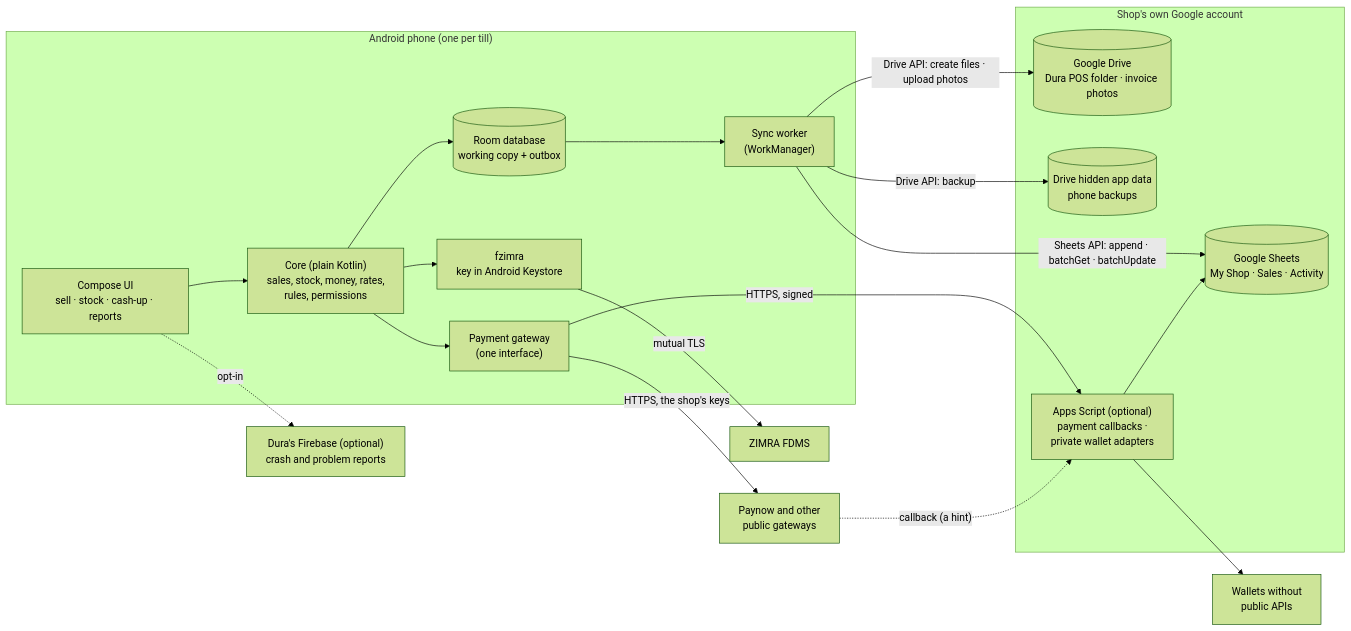
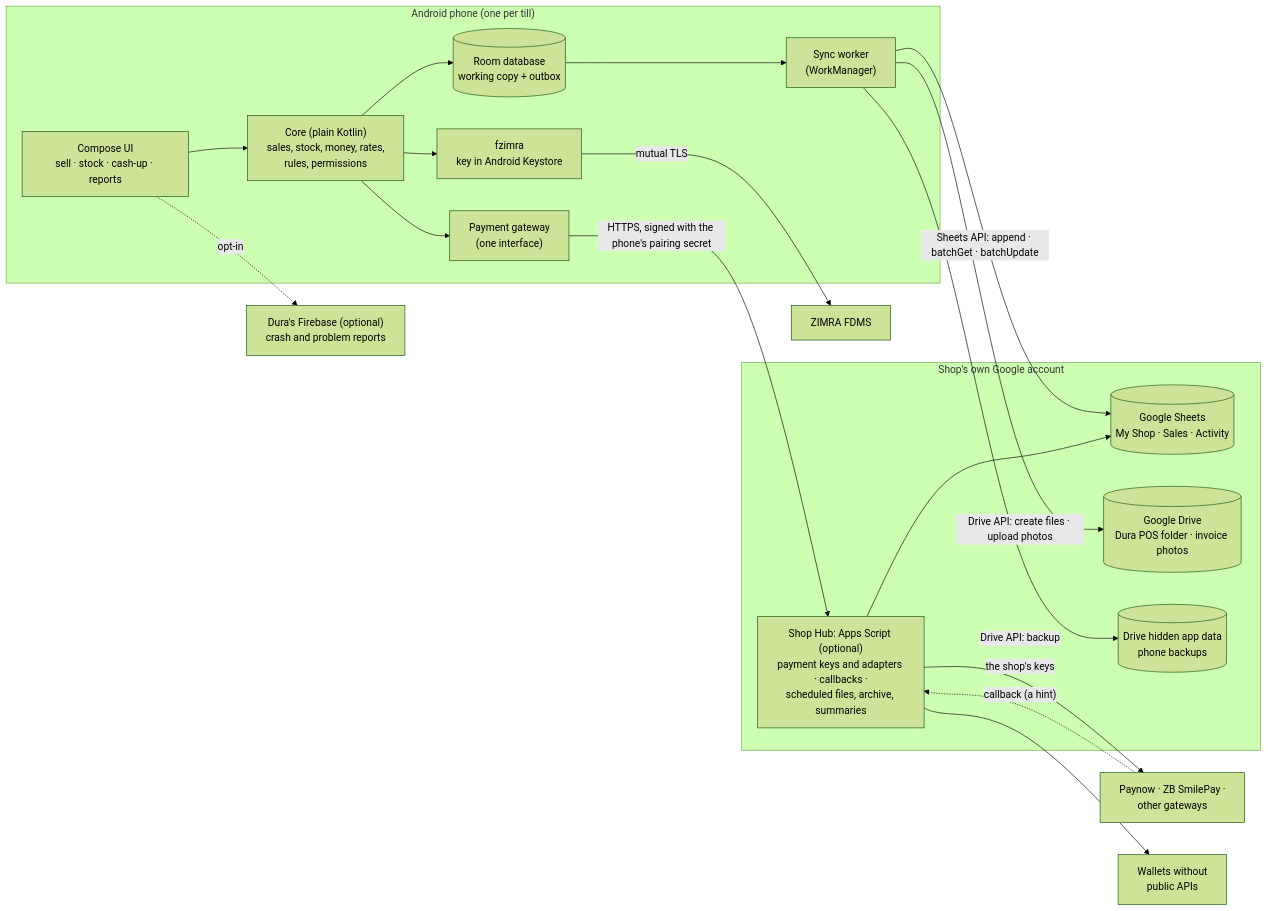
One commit to DonnC/dura-pos changed the first of 3 diagrams in notes/10-build-plan.md. Above: the diagram before and after it, drawn with Mermaid (forest theme). The commit also changed other lines of this file and 127 other files, not shown here.

````diff
--- a/notes/10-build-plan.md
+++ b/notes/10-build-plan.md
@@ -99,35 +119,35 @@
 ```mermaid
 flowchart LR
   subgraph Phone["Android phone (one per till)"]
     UI["Compose UI<br/>sell · stock · cash-up · reports"]
     Core["Core (plain Kotlin)<br/>sales, stock, money, rates,<br/>rules, permissions"]
     Room[("Room database<br/>working copy + outbox")]
     Sync["Sync worker<br/>(WorkManager)"]
     Fiscal["fzimra<br/>key in Android Keystore"]
     Pay["Payment gateway<br/>(one interface)"]
     UI --> Core --> Room
     Core --> Fiscal
     Core --> Pay
     Room --> Sync
   end
   subgraph Google["Shop's own Google account"]
     Sheets[("Google Sheets<br/>My Shop · Sales · Activity")]
     Drive[("Google Drive<br/>Dura POS folder · invoice photos")]
     AppData[("Drive hidden app data<br/>phone backups")]
-    Script["Apps Script (optional)<br/>payment callbacks ·<br/>private wallet adapters"]
+    Script["Shop Hub: Apps Script (optional)<br/>payment keys and adapters · callbacks ·<br/>scheduled files, archive, summaries"]
   end
   ZIMRA["ZIMRA FDMS"]
-  Paynow["Paynow and other<br/>public gateways"]
+  Paynow["Paynow · ZB SmilePay ·<br/>other gateways"]
   Wallet["Wallets without<br/>public APIs"]
   Firebase["Dura's Firebase (optional)<br/>crash and problem reports"]
   Sync -- "Sheets API: append · batchGet · batchUpdate" --> Sheets
   Sync -- "Drive API: create files · upload photos" --> Drive
   Sync -- "Drive API: backup" --> AppData
   Fiscal -- "mutual TLS" --> ZIMRA
-  Pay -- "HTTPS, the shop's keys" --> Paynow
-  Pay -- "HTTPS, signed" --> Script
+  Pay -- "HTTPS, signed with the phone's pairing secret" --> Script
+  Script -- "the shop's keys" --> Paynow
   Script --> Wallet
   Paynow -. "callback (a hint)" .-> Script
   Script --> Sheets
   UI -. "opt-in" .-> Firebase
 ```
````
